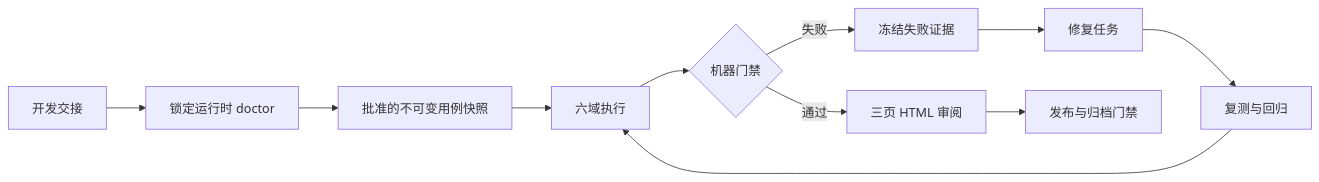
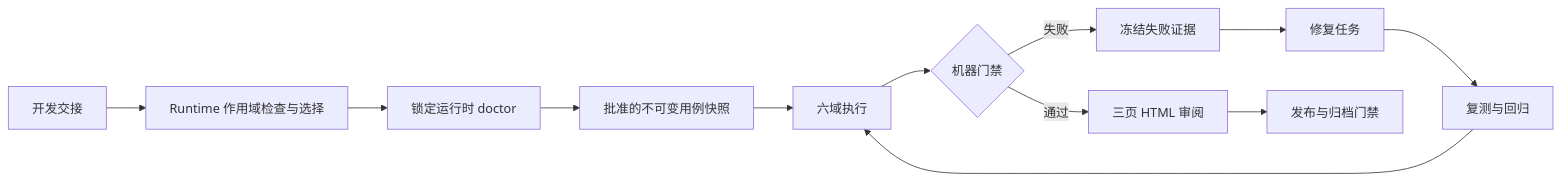
Before and after one commit to zengwenliang416/specnav-codex-plugin: the diagram in docs/verification-2-0.zh-CN.md, drawn with Mermaid. The commit also changed other lines of this file and 40 other files, not shown here.

````diff
--- a/docs/verification-2-0.zh-CN.md
+++ b/docs/verification-2-0.zh-CN.md
@@ -14,13 +14,14 @@
 ```mermaid
 flowchart LR
-  A["开发交接"] --> B["锁定运行时 doctor"]
-  B --> C["批准的不可变用例快照"]
-  C --> D["六域执行"]
-  D --> E{"机器门禁"}
-  E -->|失败| F["冻结失败证据"]
-  F --> G["修复任务"]
-  G --> H["复测与回归"]
-  H --> D
-  E -->|通过| I["三页 HTML 审阅"]
-  I --> J["发布与归档门禁"]
+  A["开发交接"] --> B["Runtime 作用域检查与选择"]
+  B --> C["锁定运行时 doctor"]
+  C --> D["批准的不可变用例快照"]
+  D --> E["六域执行"]
+  E --> F{"机器门禁"}
+  F -->|失败| G["冻结失败证据"]
+  G --> H["修复任务"]
+  H --> I["复测与回归"]
+  I --> E
+  F -->|通过| J["三页 HTML 审阅"]
+  J --> K["发布与归档门禁"]
 ```
````
